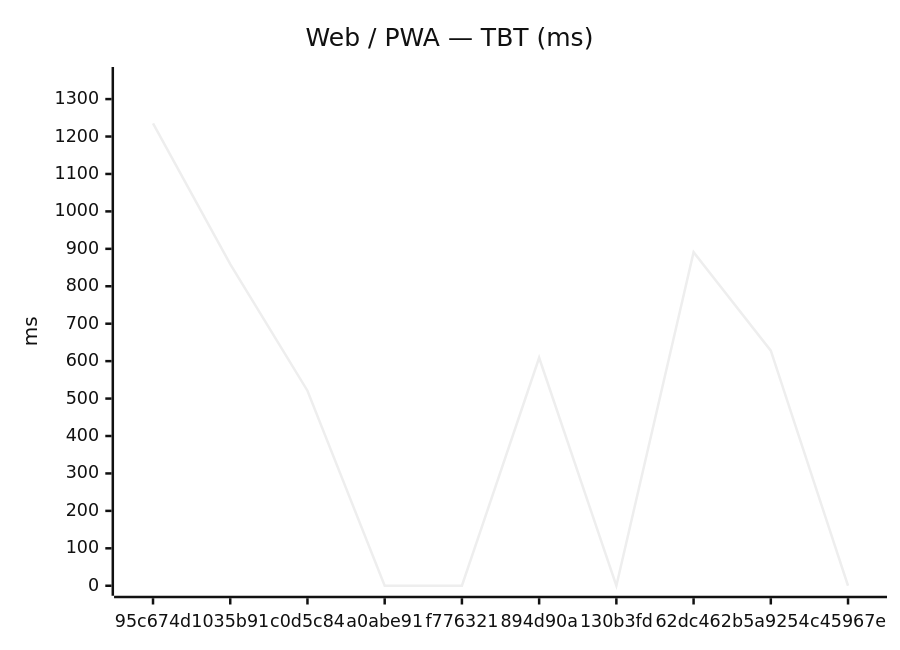
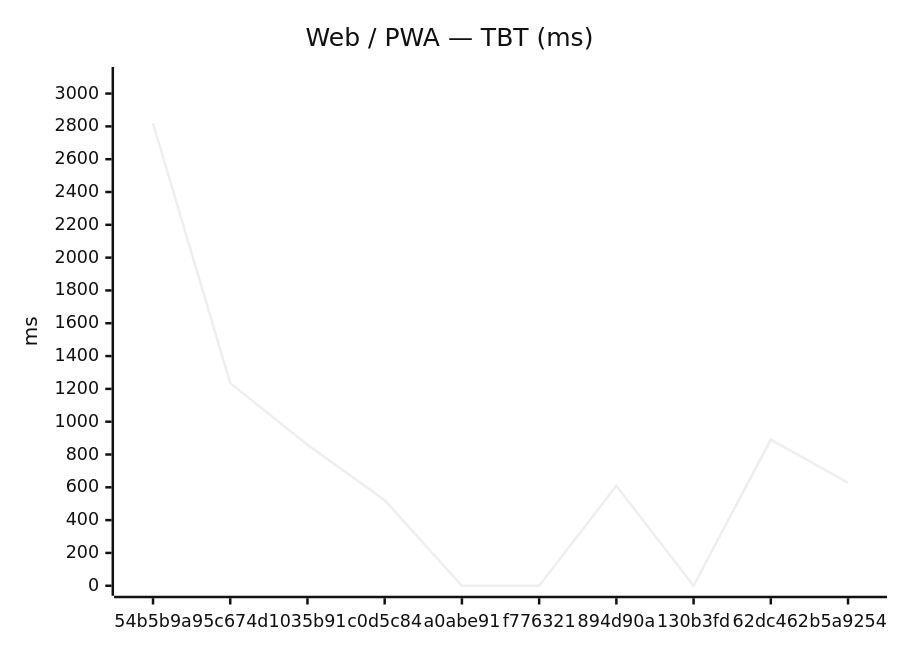
Before and after one commit to Metaheurist/Rianell: the second of 18 diagrams in benchmarks/compare.md, drawn with Mermaid (neutral theme). The commit also changed other lines of this file and 11 other files, not shown here.

````diff
--- a/benchmarks/compare.md
+++ b/benchmarks/compare.md
@@ -31,7 +31,7 @@
 ```mermaid
 xychart-beta
     title "Web / PWA — TBT (ms)"
-    x-axis ["95c674d", "1035b91", "c0d5c84", "a0abe91", "f776321", "894d90a", "130b3fd", "62dc462", "b5a9254", "c45967e"]
-    y-axis "ms" 0 --> 1359
-    line [1235, 859, 521, 0, 0, 609, 0, 891, 628, 0]
+    x-axis ["54b5b9a", "95c674d", "1035b91", "c0d5c84", "a0abe91", "f776321", "894d90a", "130b3fd", "62dc462", "b5a9254"]
+    y-axis "ms" 0 --> 3101
+    line [2819, 1235, 859, 521, 0, 0, 609, 0, 891, 628]
 ```
````
